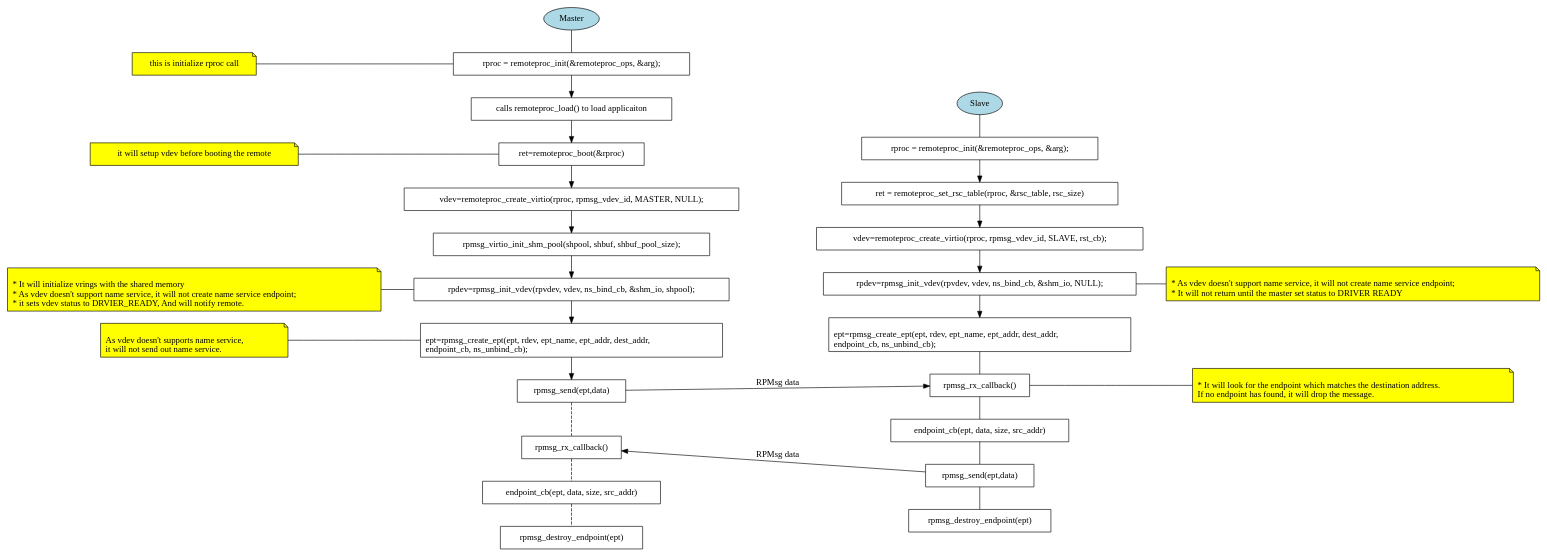
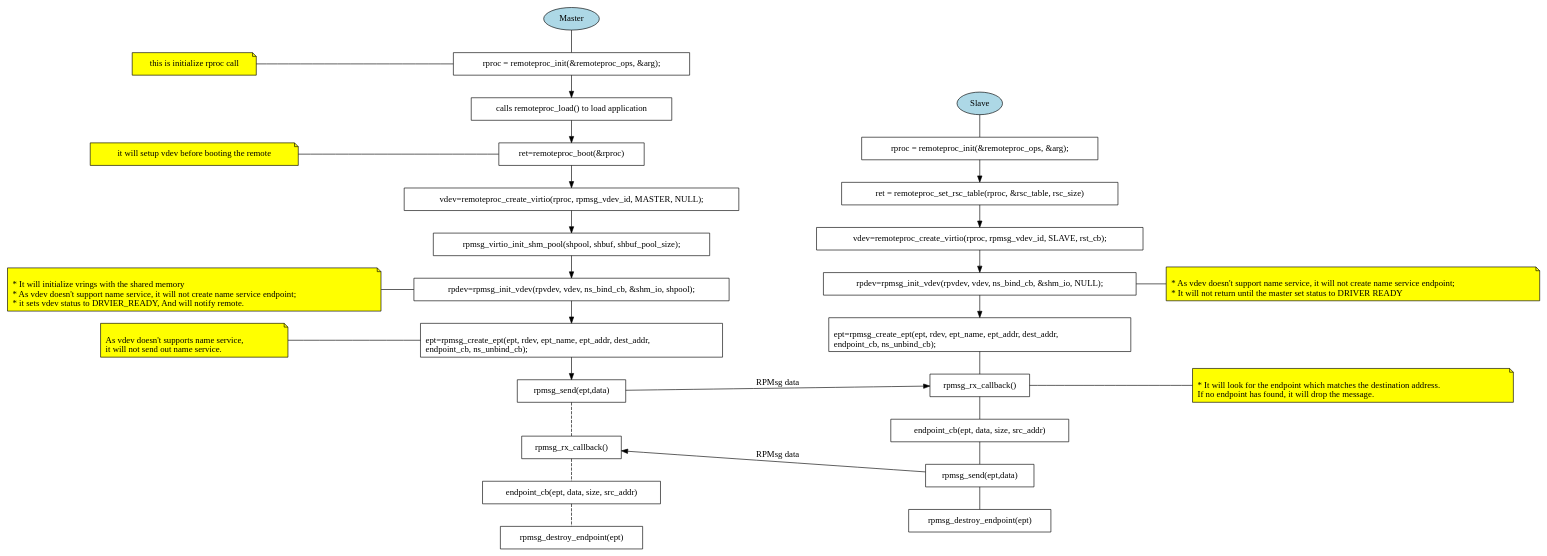
One commit to OpenAMP/open-amp changed the diagram in docs/img-src/coprocessor-rpmsg-static-ep.gv. Above: the diagram before and after it, drawn with Graphviz. The commit also changed 31 other files, not shown here.

```diff
--- a/docs/img-src/coprocessor-rpmsg-static-ep.gv
+++ b/docs/img-src/coprocessor-rpmsg-static-ep.gv
@@ -1,86 +1,86 @@
 // RPMsg static endpoints
 
 digraph G {
   rankdir="LR";
 
   subgraph roles {
     node [style="filled", fillcolor="lightblue"];
     master [label="Master"];
     slave [label="Slave"];
   }
 
   subgraph m_comment_nodes {
     node [group=m_comment, shape="note", style="filled", fillcolor="yellow"];
     rank="same";
     m_remoteproc_init_comment [label="this is initialize rproc call"];
     m_remoteproc_boot_comment [label="it will setup vdev before booting the remote"];
     m_rpmsg_vdev_init_comment [label="\l* It will initialize vrings with the shared memory\l* As vdev doesn't support name service, it will not create name service endpoint;\l* it sets vdev status to DRVIER_READY, And will notify remote.\l"];
     m_rpmsg_create_ep_comment [label="\lAs vdev doesn't supports name service,\lit will not send out name service.\l"];
   }
 
   subgraph m_flow_nodes {
     node [shape="box"];
     rank="same";
     m_remoteproc_init [label="rproc = remoteproc_init(&remoteproc_ops, &arg);"];
-    m_remoteproc_load [label="calls remoteproc_load() to load applicaiton"];
+    m_remoteproc_load [label="calls remoteproc_load() to load application"];
     m_remoteproc_boot [shape="box", label="ret=remoteproc_boot(&rproc)"];
     m_remoteproc_get_vdev [label="vdev=remoteproc_create_virtio(rproc, rpmsg_vdev_id, MASTER, NULL);"];
     m_rpmsg_shmpool_init[label="rpmsg_virtio_init_shm_pool(shpool, shbuf, shbuf_pool_size);"];
     m_rpmsg_vdev_init [label="rpdev=rpmsg_init_vdev(rpvdev, vdev, ns_bind_cb, &shm_io, shpool);"];
     m_rpmsg_create_ep [label="\lept=rpmsg_create_ept(ept, rdev, ept_name, ept_addr, dest_addr, \lendpoint_cb, ns_unbind_cb);\l"];
     m_rpmsg_send [label="rpmsg_send(ept,data)"];
     m_rpmsg_rx_cb [label="rpmsg_rx_callback()"];
     m_ep_cb [label="endpoint_cb(ept, data, size, src_addr)"];
     m_rpmsg_destroy_ep [label="rpmsg_destroy_endpoint(ept)"];
 
     m_remoteproc_init -> m_remoteproc_load -> m_remoteproc_boot -> m_remoteproc_get_vdev ->
     m_rpmsg_shmpool_init -> m_rpmsg_vdev_init -> m_rpmsg_create_ep -> m_rpmsg_send;
     m_rpmsg_send -> m_rpmsg_rx_cb -> m_ep_cb ->
     m_rpmsg_destroy_ep [dir="none", style="dashed"];
   }
 
   subgraph s_flow_nodes {
     rank="same";
     node [shape="box"];
     s_remoteproc_init [label="rproc = remoteproc_init(&remoteproc_ops, &arg);"];
 
     s_remoteproc_parse_rsc [label="ret = remoteproc_set_rsc_table(rproc, &rsc_table, rsc_size)"];
     s_remoteproc_get_vdev [label="vdev=remoteproc_create_virtio(rproc, rpmsg_vdev_id, SLAVE, rst_cb);"];
     s_rpmsg_vdev_init [label="rpdev=rpmsg_init_vdev(rpvdev, vdev, ns_bind_cb, &shm_io, NULL);"];
     s_rpmsg_create_ep [label="\lept=rpmsg_create_ept(ept, rdev, ept_name, ept_addr, dest_addr, \lendpoint_cb, ns_unbind_cb);\l"];
     s_rpmsg_send [label="rpmsg_send(ept,data)"];
     s_rpmsg_rx_cb [label="rpmsg_rx_callback()"];
     s_ep_cb [label="endpoint_cb(ept, data, size, src_addr)"];
     s_rpmsg_destroy_ep [label="rpmsg_destroy_endpoint(ept)"];
 
     s_remoteproc_init -> s_remoteproc_parse_rsc -> s_remoteproc_get_vdev ->
     s_rpmsg_vdev_init -> s_rpmsg_create_ep;
     s_rpmsg_create_ep -> s_rpmsg_rx_cb ->
     s_ep_cb -> s_rpmsg_send -> s_rpmsg_destroy_ep [dir="none", style="dash"];
 
   }
 
   subgraph s_comment_nodes {
     node [group=s_comment, shape="note", style="filled", fillcolor="yellow"];
     rank="same";
     s_rpmsg_vdev_init_comment [label="\l* As vdev doesn't support name service, it will not create name service endpoint;\l* It will not return until the master set status to DRIVER READY\l"];
     s_rpmsg_rx_cb_comment [label="\l* It will look for the endpoint which matches the destination address.\lIf no endpoint has found, it will drop the message.\l"];
   }
 
   master -> m_remoteproc_init [dir="none"];
   slave -> s_remoteproc_init [dir="none"];
   m_rpmsg_send -> s_rpmsg_rx_cb [label="RPMsg data"];
   s_rpmsg_send -> m_rpmsg_rx_cb [label="RPMsg data"];
 
   m_remoteproc_init_comment -> m_remoteproc_init [dir="none"];
   m_remoteproc_boot_comment -> m_remoteproc_boot [dir="none"];
   m_rpmsg_vdev_init_comment -> m_rpmsg_vdev_init [dir="none"];
   m_rpmsg_create_ep_comment -> m_rpmsg_create_ep [dir="none"];
 
   s_rpmsg_vdev_init -> s_rpmsg_vdev_init_comment [dir="none"];
   s_rpmsg_rx_cb -> s_rpmsg_rx_cb_comment [dir="none"];
 
   {rank=same; master; m_remoteproc_init}
   {rank=same; slave; s_remoteproc_init}
 
 }
```
